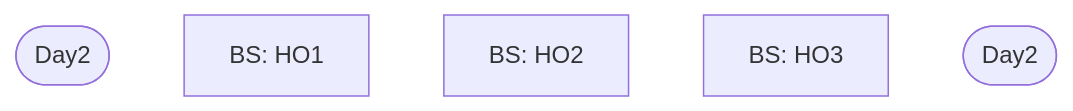
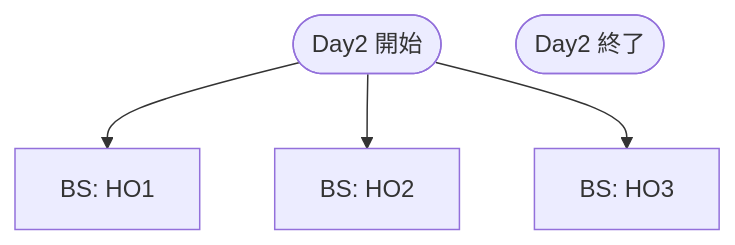
The second of 2 diagrams in specs/routing.md (KarasuTatehi/last-resort-disturbance), drawn with Mermaid before and after one commit. The commit also changed other lines of this file, not shown here.

````diff
--- a/specs/routing.md
+++ b/specs/routing.md
@@ -32,8 +32,9 @@
 ```mermaid
 flowchart TD
-D2S([Day2])
+D2S([Day2 開始])
 HO1-D1-BS["BS: HO1"]
 HO2-D1-BS["BS: HO2"]
 HO3-D1-BS["BS: HO3"]
-D2E([Day2])
+D2E([Day2 終了])
+D2S --> HO1-D1-BS & HO2-D1-BS & HO3-D1-BS
 ```
````
